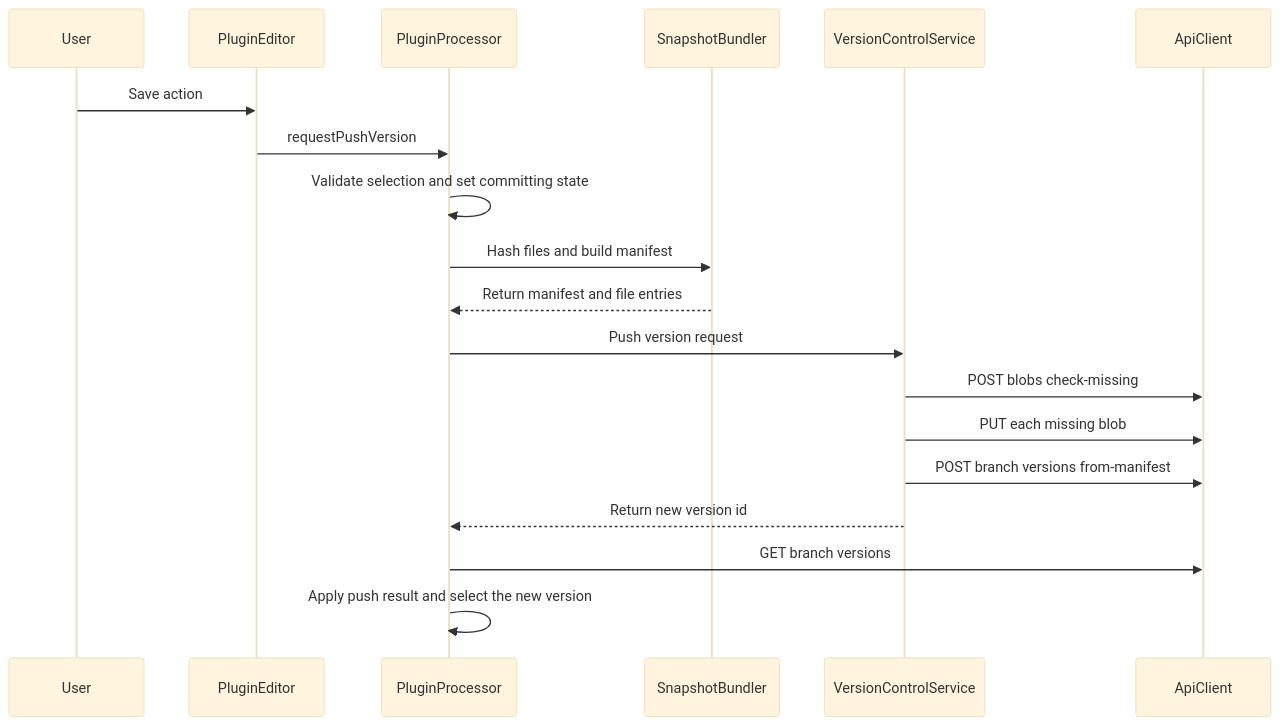
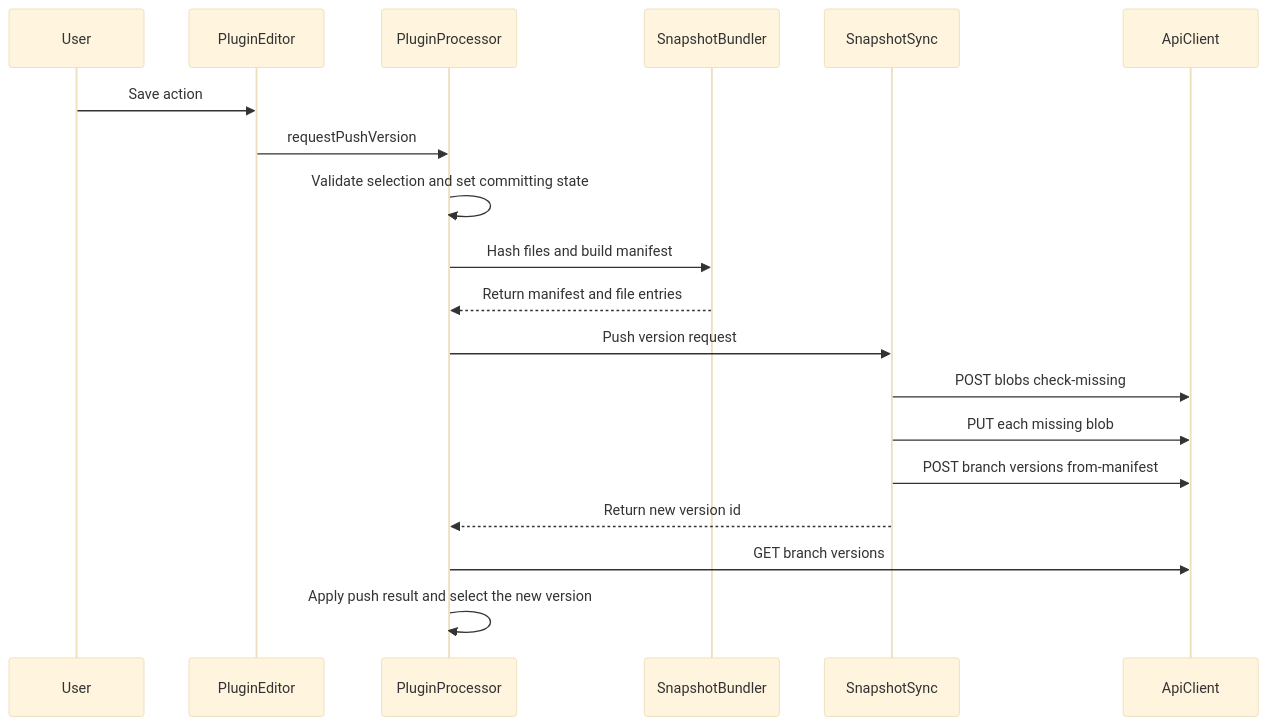
One commit to stemhub-org/Stemhub changed the second of 3 diagrams in docs/plugin-data-flow.md. Above: the diagram before and after it, drawn with Mermaid (base theme). The commit also changed other lines of this file and 25 other files, not shown here.

````diff
--- a/docs/plugin-data-flow.md
+++ b/docs/plugin-data-flow.md
@@ -144,22 +150,22 @@
 ```mermaid
 sequenceDiagram
     participant U as User
     participant E as PluginEditor
     participant P as PluginProcessor
     participant S as SnapshotBundler
-    participant V as VersionControlService
+    participant V as SnapshotSync
     participant A as ApiClient
 
     U->>E: Save action
     E->>P: requestPushVersion
     P->>P: Validate selection and set committing state
     P->>S: Hash files and build manifest
     S-->>P: Return manifest and file entries
     P->>V: Push version request
     V->>A: POST blobs check-missing
     V->>A: PUT each missing blob
     V->>A: POST branch versions from-manifest
     V-->>P: Return new version id
     P->>A: GET branch versions
     P->>P: Apply push result and select the new version
 ```
````
